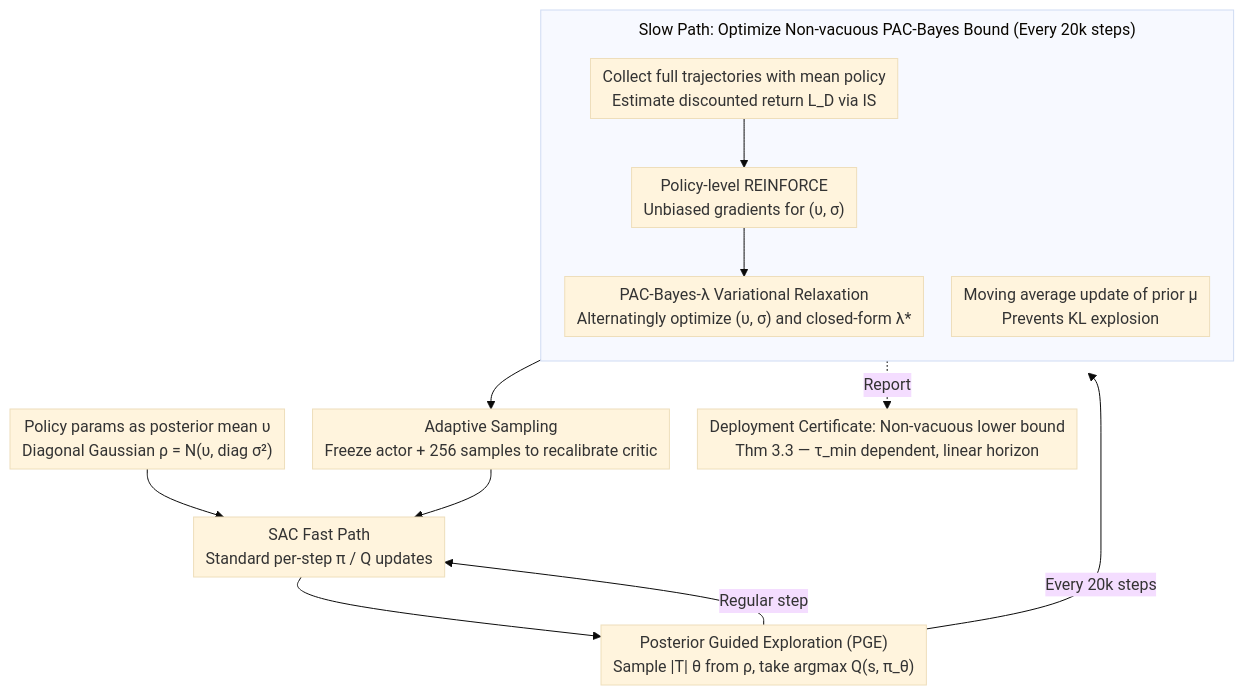
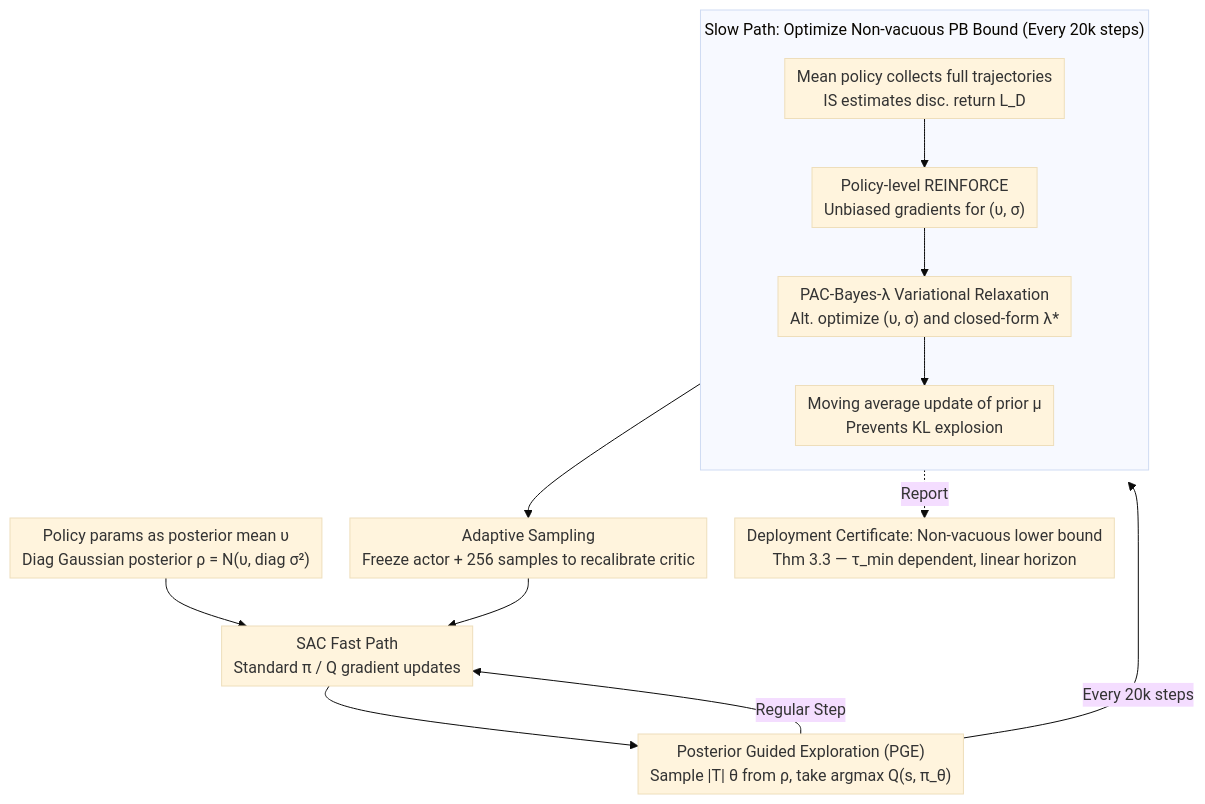
The diagram in docs/ICML2026/reinforcement_learning/pac-bayesian_reinforcement_learning_trains_generalizable_policies.md (zhaoyang97/Paper-Notes-en), drawn with Mermaid (base theme) before and after one commit. The commit also changed other lines of this file and 5084 other files, not shown here.

````diff
--- a/docs/ICML2026/reinforcement_learning/pac-bayesian_reinforcement_learning_trains_generalizable_policies.md
+++ b/docs/ICML2026/reinforcement_learning/pac-bayesian_reinforcement_learning_trains_generalizable_policies.md
@@ -48,17 +48,17 @@
 ```mermaid
 %%{init: {'flowchart': {'rankSpacing': 24, 'nodeSpacing': 28, 'padding': 6, 'wrappingWidth': 400, 'subGraphTitleMargin': {'top': 8, 'bottom': 16}}}}%%
 flowchart TD
-    A["Policy params as posterior mean υ<br/>Diagonal Gaussian ρ = N(υ, diag σ²)"] --> B["SAC Fast Path<br/>Standard per-step π / Q updates"]
+    A["Policy params as posterior mean υ<br/>Diag Gaussian posterior ρ = N(υ, diag σ²)"] --> B["SAC Fast Path<br/>Standard π / Q gradient updates"]
     B --> C["Posterior Guided Exploration (PGE)<br/>Sample |T| θ from ρ, take argmax Q(s, π_θ)"]
-    C -->|Regular step| B
+    C -->|Regular Step| B
     C -->|Every 20k steps| SLOW
-    subgraph SLOW["Slow Path: Optimize Non-vacuous PAC-Bayes Bound (Every 20k steps)"]
+    subgraph SLOW["Slow Path: Optimize Non-vacuous PB Bound (Every 20k steps)"]
         direction TB
-        D["Collect full trajectories with mean policy<br/>Estimate discounted return L_D via IS"] --> E["Policy-level REINFORCE<br/>Unbiased gradients for (υ, σ)"]
-        E --> F["PAC-Bayes-λ Variational Relaxation<br/>Alternatingly optimize (υ, σ) and closed-form λ*"]
-        G["Moving average update of prior μ<br/>Prevents KL explosion"]
+        D["Mean policy collects full trajectories<br/>IS estimates disc. return L_D"] --> E["Policy-level REINFORCE<br/>Unbiased gradients for (υ, σ)"]
+        E --> F["PAC-Bayes-λ Variational Relaxation<br/>Alt. optimize (υ, σ) and closed-form λ*"]
+        F --> G["Moving average update of prior μ<br/>Prevents KL explosion"]
     end
     G --> H["Adaptive Sampling<br/>Freeze actor + 256 samples to recalibrate critic"]
     H --> B
     F -.Report.-> I["Deployment Certificate: Non-vacuous lower bound<br/>Thm 3.3 — τ_min dependent, linear horizon"]
 ```
````
